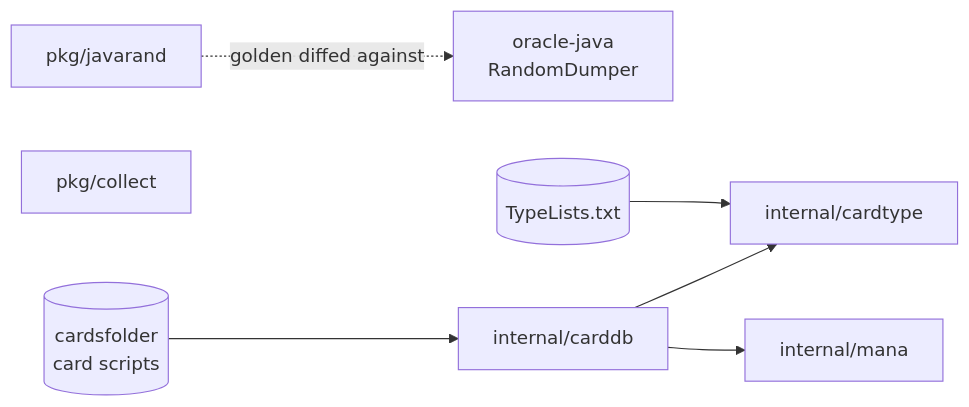
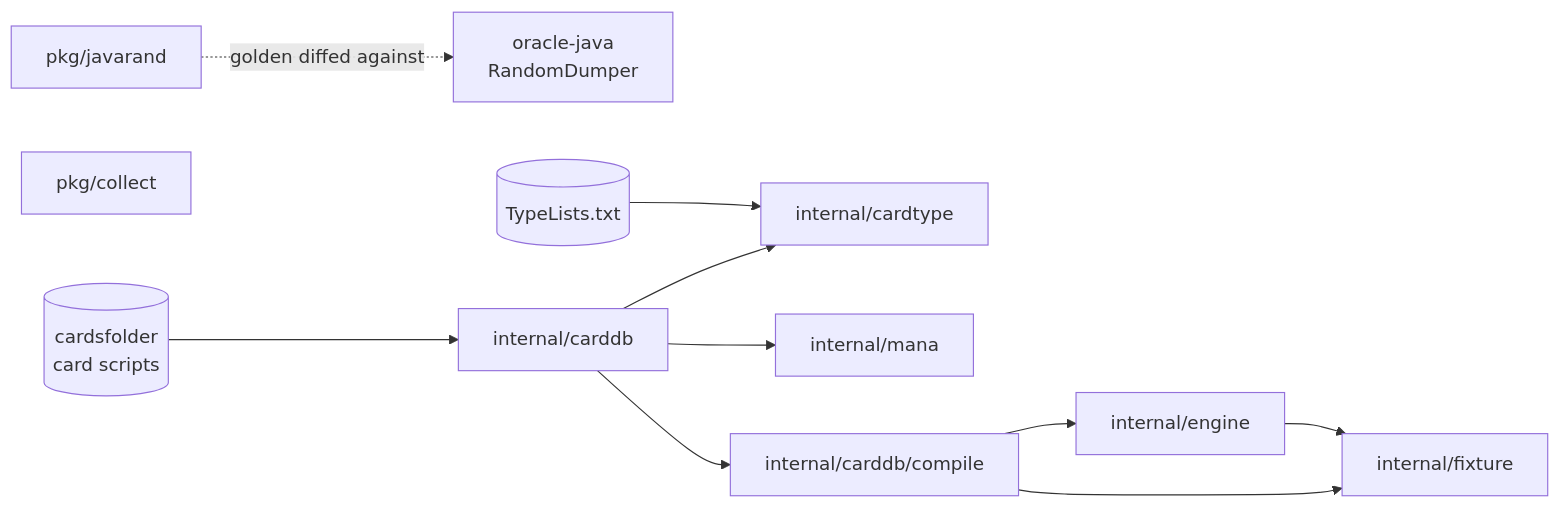
Before and after one commit to jczastkiewicz/crucible: the diagram in docs/crucible/architecture/module-map.md, drawn with Mermaid. The commit also changed other lines of this file and 17 other files, not shown here.

````diff
--- a/docs/crucible/architecture/module-map.md
+++ b/docs/crucible/architecture/module-map.md
@@ -74,9 +78,13 @@
 ```mermaid
 flowchart LR
   javarand["pkg/javarand"] -. "golden diffed against" .-> oracle["oracle-java<br/>RandomDumper"]
   collect["pkg/collect"]
   scripts[("cardsfolder<br/>card scripts")] --> db["internal/carddb"]
   lists[("TypeLists.txt")] --> ct["internal/cardtype"]
   db --> ct
   db --> mana["internal/mana"]
+  db --> compile["internal/carddb/compile"]
+  compile --> engine["internal/engine"]
+  engine --> fixture["internal/fixture"]
+  compile --> fixture
 ```
````
